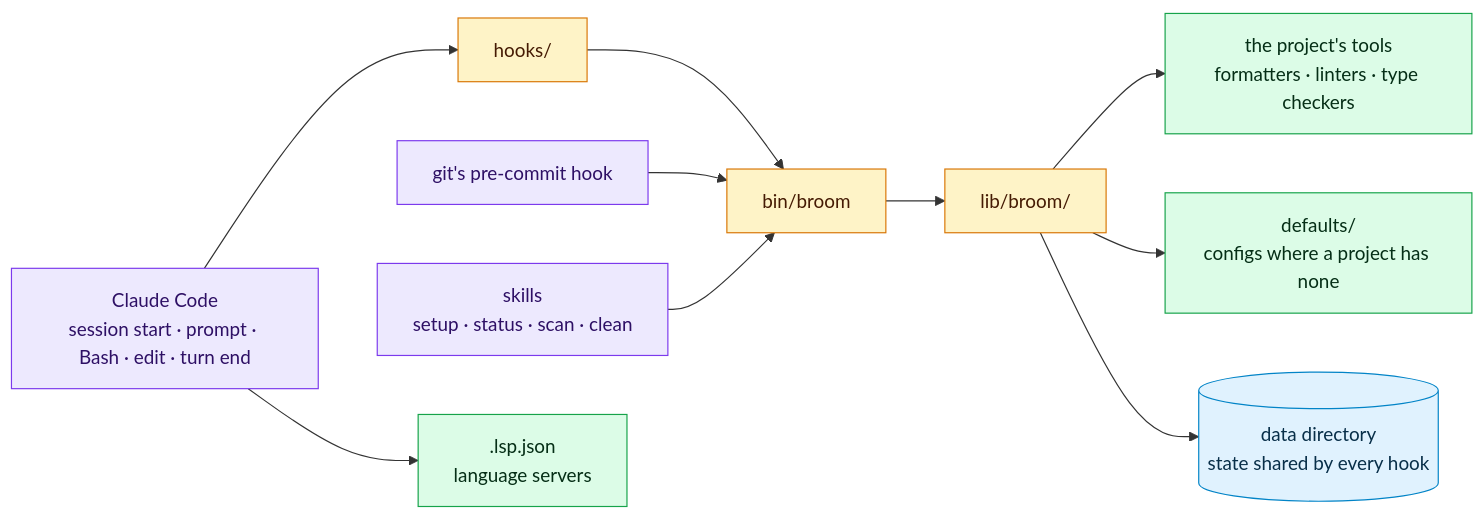
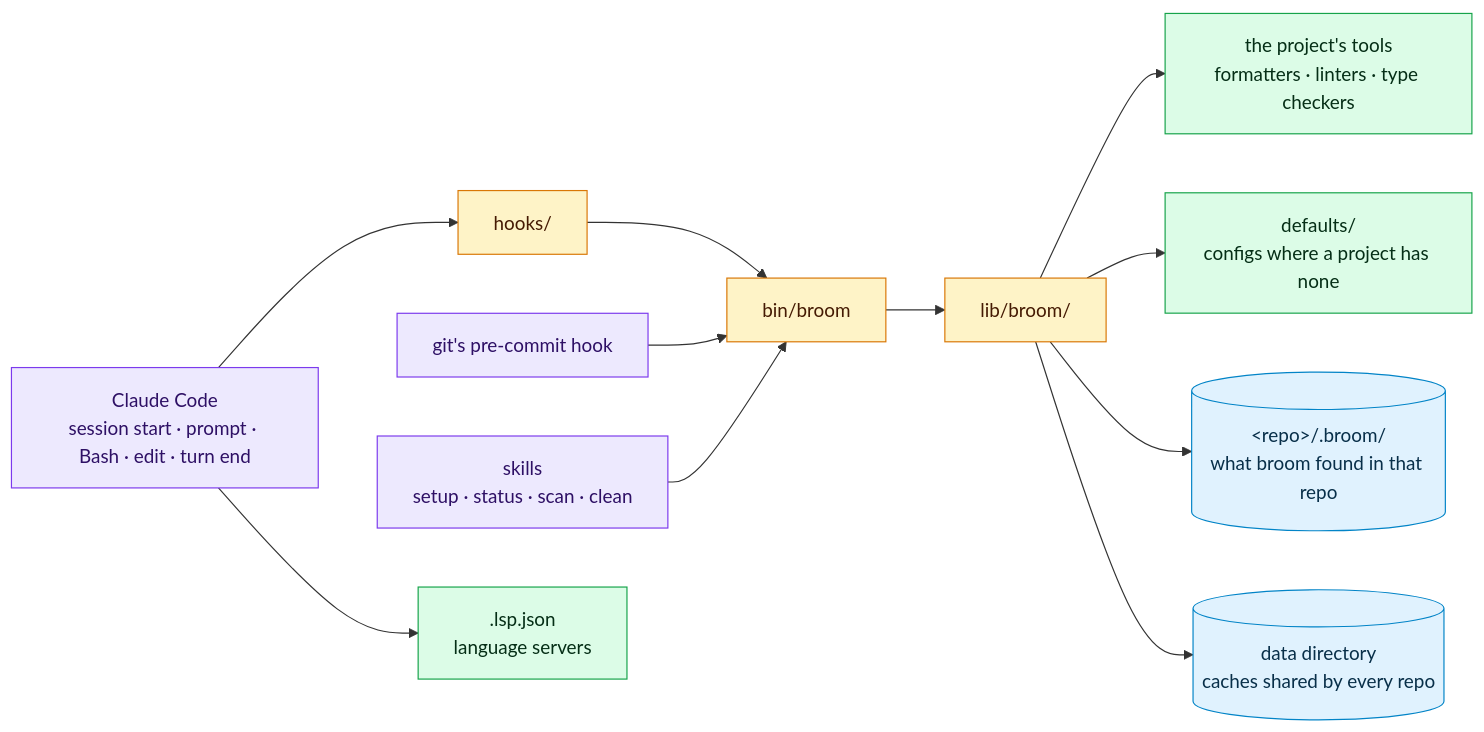
The diagram in README.md (jinhuang712/claude-code-broom), drawn with Mermaid before and after one commit. The commit also changed other lines of this file and 1 other file, not shown here.

Commit message:
docs: README and its Chinese copy say where a repo's records live
Claude-Session: https://claude.ai/code/session_01Mz2b7cjHa8YsDgxCLS8Yqb

````diff
--- a/README.md
+++ b/README.md
@@ -114,24 +116,26 @@
 ```mermaid
 flowchart LR
   CC["Claude Code<br/>session start · prompt · Bash · edit · turn end"]:::host
   GIT["git's pre-commit hook"]:::host
   SK["skills<br/>setup · status · scan · clean"]:::host
   H["hooks/"]:::broom
   B["bin/broom"]:::broom
   L["lib/broom/"]:::broom
   T["the project's tools<br/>formatters · linters · type checkers"]:::tool
   D["defaults/<br/>configs where a project has none"]:::tool
-  S[("data directory<br/>state shared by every hook")]:::data
+  R[("&lt;repo&gt;/.broom/<br/>what broom found in that repo")]:::data
+  S[("data directory<br/>caches shared by every repo")]:::data
   LSP[".lsp.json<br/>language servers"]:::tool
   CC --> H --> B --> L
   GIT --> B
   SK --> B
   L --> T
   L --> D
+  L --> R
   L --> S
   CC --> LSP
   classDef host fill:#ede9fe,stroke:#7c3aed,color:#2e1065
   classDef broom fill:#fef3c7,stroke:#d97706,color:#451a03
   classDef tool fill:#dcfce7,stroke:#16a34a,color:#052e16
   classDef data fill:#e0f2fe,stroke:#0284c7,color:#082f49
 ```
````
